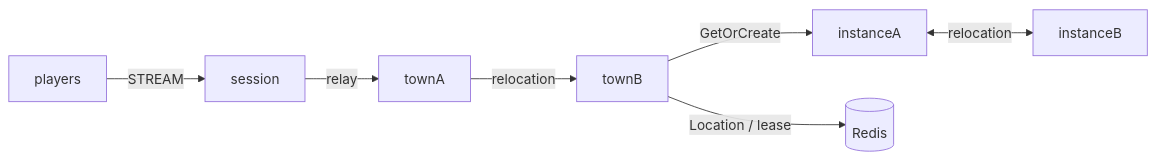
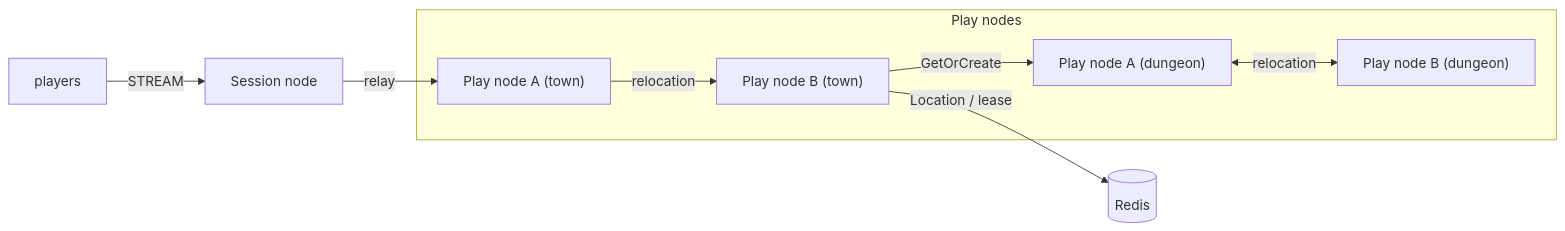
Before and after one commit to zlink-systems/zlink: the diagram in framework/languages/java/templates/java/morpg-channel-town/my-game/README.md, drawn with Mermaid. The commit also changed other lines of this file and 223 other files, not shown here.

First line of the commit message:
docs(templates): 모든 템플릿의 노드 이름을 Session node · Play node · API node로 (#5350)

````diff
--- a/framework/languages/java/templates/java/morpg-channel-town/my-game/README.md
+++ b/framework/languages/java/templates/java/morpg-channel-town/my-game/README.md
@@ -5,9 +5,15 @@
 ```mermaid
 flowchart LR
-  players -->|STREAM| session
+  subgraph playNodes["Play nodes"]
+    townA["Play node A (town)"]
+    townB["Play node B (town)"]
+    instanceA["Play node A (dungeon)"]
+    instanceB["Play node B (dungeon)"]
+  end
+  players -->|STREAM| session["Session node"]
   session -->|relay| townA
   townA -->|relocation| townB
   townB -->|GetOrCreate| instanceA
   instanceA <-->|relocation| instanceB
   townB -->|Location / lease| location[(Redis)]
 ```
````
